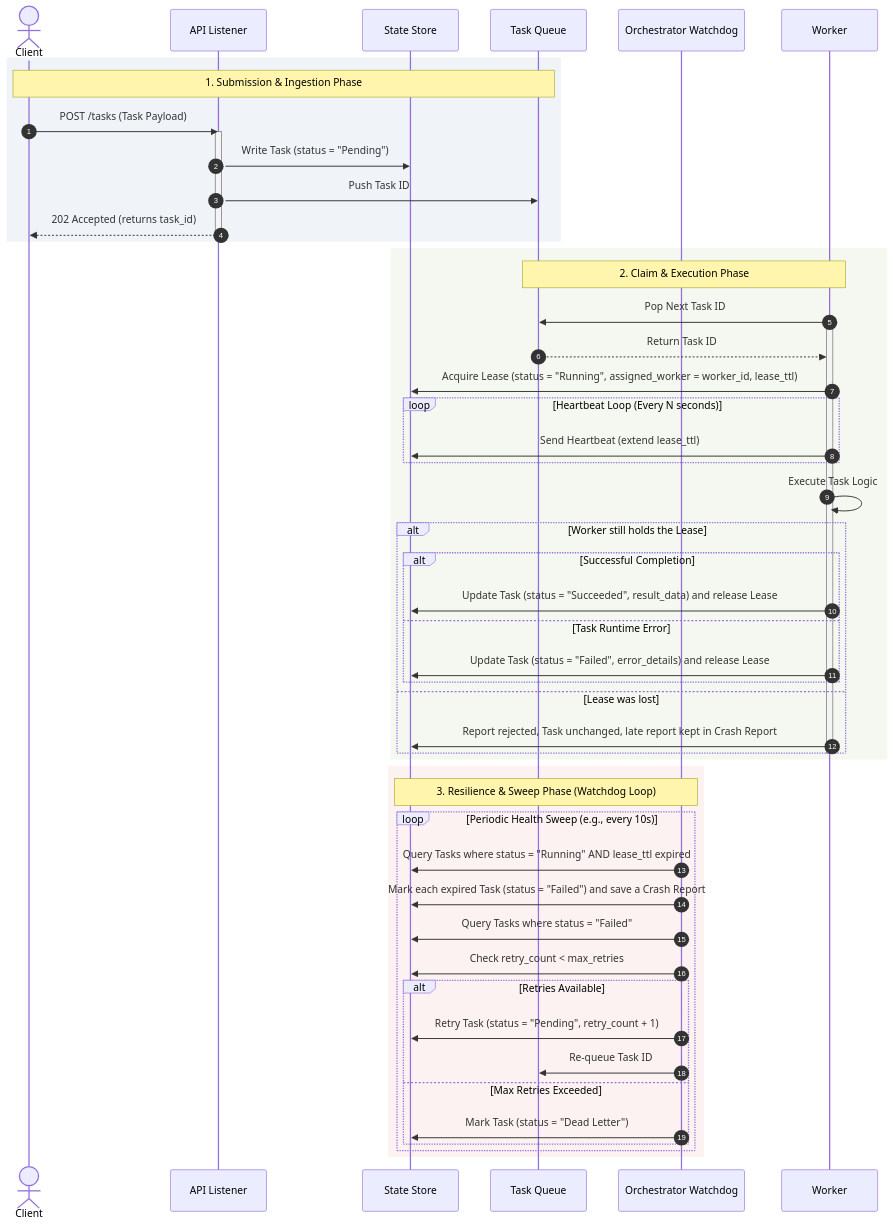
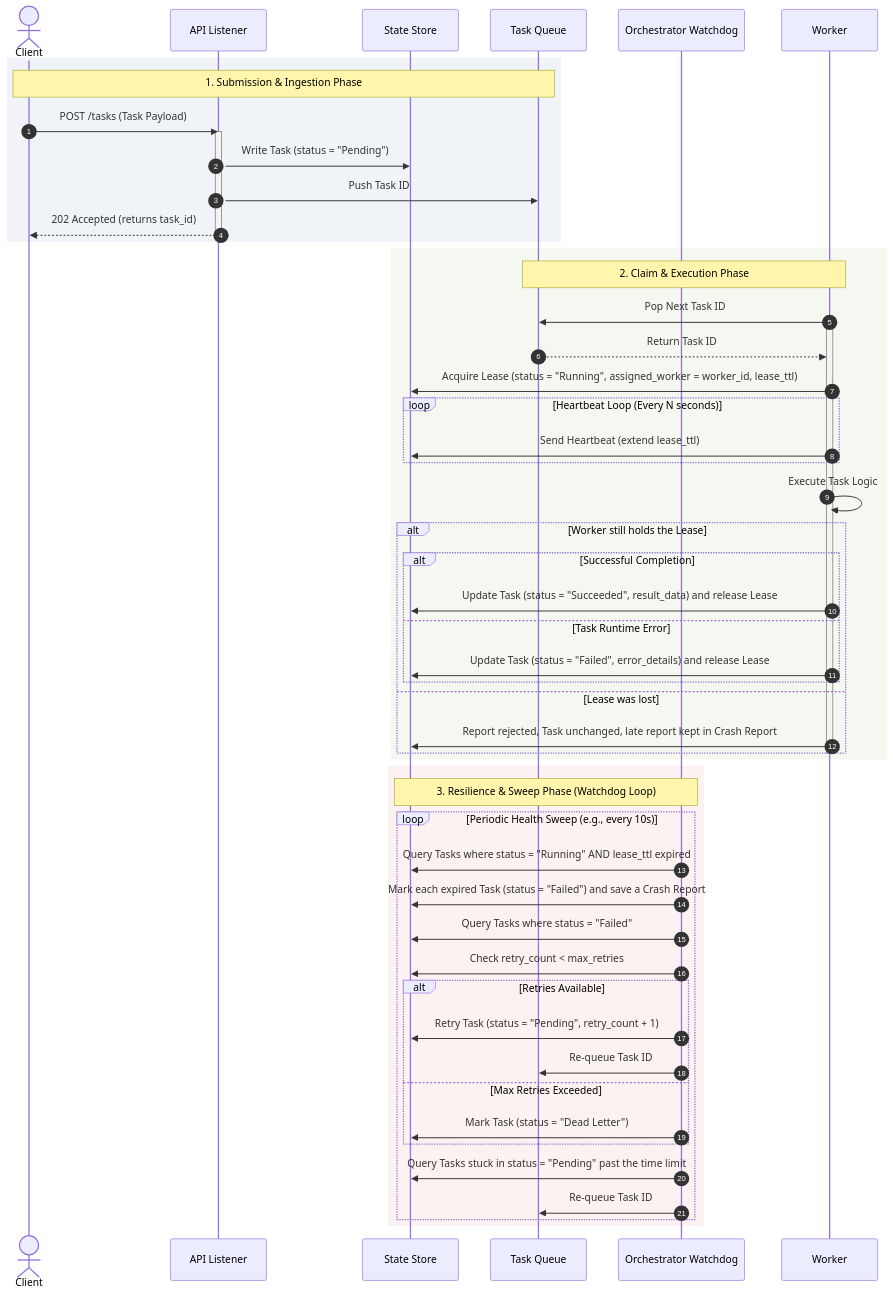
One commit to juliansiebold/distributed-task-executor changed the diagram in README.md. Above: the diagram before and after it, drawn with Mermaid.

Commit message:
#14 add Pending sweep to the Task sequence

````diff
--- a/README.md
+++ b/README.md
@@ -29,65 +29,68 @@
 ```Mermaid
 sequenceDiagram
     autonumber
     actor Client
     participant Listener as API Listener
     participant DB as State Store
     participant Queue as Task Queue
     participant Orch as Orchestrator Watchdog
     participant Worker
 
     %% Task Submission Phase
     rect rgb(240, 244, 248)
     note over Client, Queue: 1. Submission & Ingestion Phase
     Client->>Listener: POST /tasks (Task Payload)
     activate Listener
     Listener->>DB: Write Task (status = "Pending")
     Listener->>Queue: Push Task ID
     Listener-->>Client: 202 Accepted (returns task_id)
     deactivate Listener
     end
 
     %% Dispatch & Execution Phase
     rect rgb(245, 248, 240)
     note over Queue, Worker: 2. Claim & Execution Phase
     Worker->>Queue: Pop Next Task ID
     activate Worker
     Queue-->>Worker: Return Task ID
     Worker->>DB: Acquire Lease (status = "Running", assigned_worker = worker_id, lease_ttl)
     
     loop Heartbeat Loop (Every N seconds)
         Worker->>DB: Send Heartbeat (extend lease_ttl)
     end
 
     Worker->>Worker: Execute Task Logic
     
     alt Worker still holds the Lease
         alt Successful Completion
             Worker->>DB: Update Task (status = "Succeeded", result_data) and release Lease
         else Task Runtime Error
             Worker->>DB: Update Task (status = "Failed", error_details) and release Lease
         end
     else Lease was lost
         Worker->>DB: Report rejected, Task unchanged, late report kept in Crash Report
     end
     deactivate Worker
     end
 
     %% Fault Recovery / Timeout Sweep
     rect rgb(253, 242, 242)
     note over Orch, DB: 3. Resilience & Sweep Phase (Watchdog Loop)
     loop Periodic Health Sweep (e.g., every 10s)
         Orch->>DB: Query Tasks where status = "Running" AND lease_ttl expired
         Orch->>DB: Mark each expired Task (status = "Failed") and save a Crash Report
 
         Orch->>DB: Query Tasks where status = "Failed"
         Orch->>DB: Check retry_count < max_retries
         alt Retries Available
             Orch->>DB: Retry Task (status = "Pending", retry_count + 1)
             Orch->>Queue: Re-queue Task ID
         else Max Retries Exceeded
             Orch->>DB: Mark Task (status = "Dead Letter")
         end
+
+        Orch->>DB: Query Tasks stuck in status = "Pending" past the time limit
+        Orch->>Queue: Re-queue Task ID
     end
     end
 ```
````
